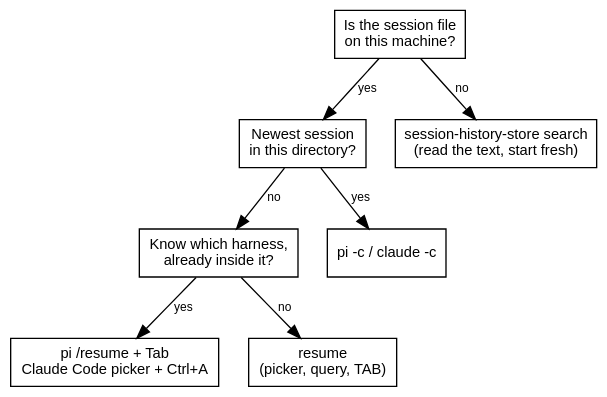
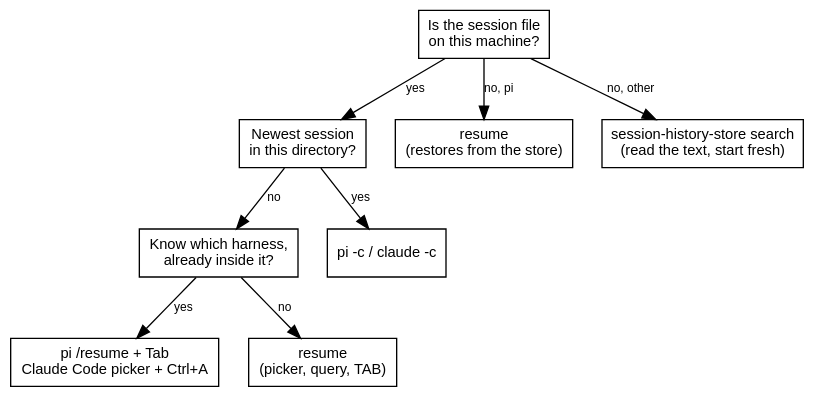
The second of 2 diagrams in src/content/docs/reference/resume-agent-sessions.mdx (erfianugrah/lexicanum), drawn with Graphviz before and after one commit. The commit also changed other lines of this file, not shown here.

First line of the commit message:
docs(resume-agent-sessions): stored sessions - list, restore, relocate, merge (v0.6.0)

````diff
--- a/src/content/docs/reference/resume-agent-sessions.mdx
+++ b/src/content/docs/reference/resume-agent-sessions.mdx
@@ -217,23 +235,25 @@
 ```dot
 digraph {
   rankdir=TB; bgcolor="transparent"; nodesep=0.3; ranksep=0.5;
   fontname="Helvetica,Arial,sans-serif";
   node [fontname="Helvetica,Arial,sans-serif", fontsize=11, shape=box];
   edge [fontname="Helvetica,Arial,sans-serif", fontsize=9];
 
   q1 [label="Is the session file\non this machine?"];
   q2 [label="Newest session\nin this directory?"];
   q3 [label="Know which harness,\nalready inside it?"];
+  st [label="resume\n(restores from the store)"];
   ml [label="session-history-store search\n(read the text, start fresh)"];
   c  [label="pi -c / claude -c"];
   p  [label="pi /resume + Tab\nClaude Code picker + Ctrl+A"];
   r  [label="resume\n(picker, query, TAB)"];
 
-  q1 -> ml [label="no"];
+  q1 -> st [label="no, pi"];
+  q1 -> ml [label="no, other"];
   q1 -> q2 [label="yes"];
   q2 -> c  [label="yes"];
   q2 -> q3 [label="no"];
   q3 -> p  [label="yes"];
   q3 -> r  [label="no"];
 }
 ```
````
